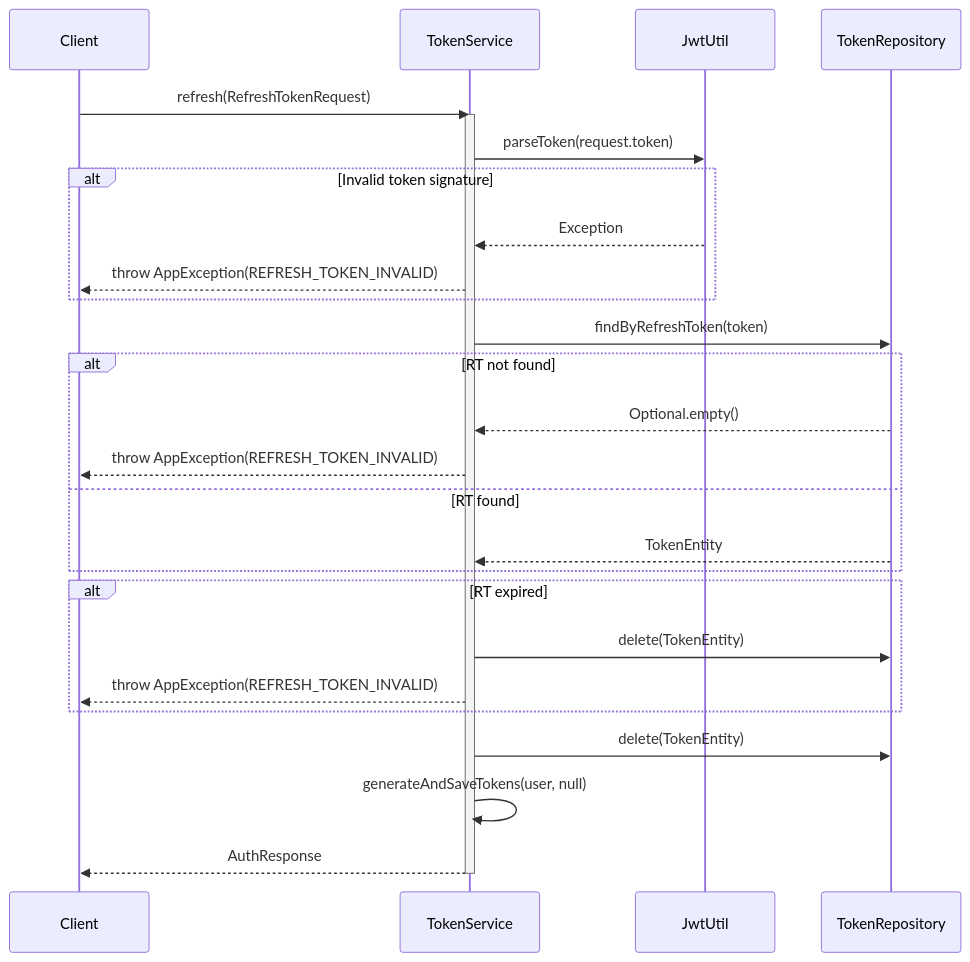
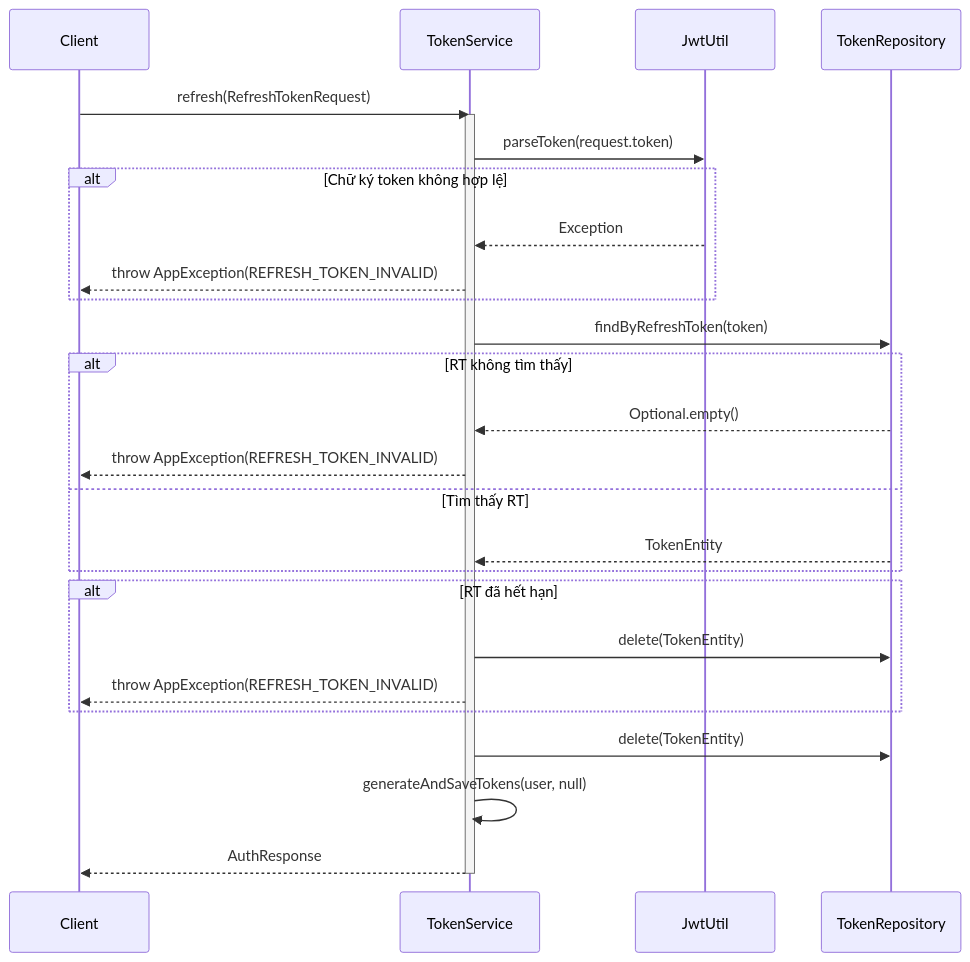
The ninth of 10 diagrams in .agent/sequence/auth_services_sequence_diagrams.md (aquoc09/easymall), drawn with Mermaid before and after one commit. The commit also changed other lines of this file and 18 other files, not shown here.

Commit message:
UPDATE: Sequence diagram vietnamese

````diff
--- a/.agent/sequence/auth_services_sequence_diagrams.md
+++ b/.agent/sequence/auth_services_sequence_diagrams.md
@@ -307,36 +307,36 @@
 ```mermaid
 sequenceDiagram
     participant Client
     participant TokenService
     participant JwtUtil
     participant TokenRepository
 
     Client->>TokenService: refresh(RefreshTokenRequest)
     activate TokenService
 
     TokenService->>JwtUtil: parseToken(request.token)
-    alt Invalid token signature
+    alt Chữ ký token không hợp lệ
         JwtUtil-->>TokenService: Exception
         TokenService-->>Client: throw AppException(REFRESH_TOKEN_INVALID)
     end
 
     TokenService->>TokenRepository: findByRefreshToken(token)
-    alt RT not found
+    alt RT không tìm thấy
         TokenRepository-->>TokenService: Optional.empty()
         TokenService-->>Client: throw AppException(REFRESH_TOKEN_INVALID)
-    else RT found
+    else Tìm thấy RT
         TokenRepository-->>TokenService: TokenEntity
     end
     
-    alt RT expired
+    alt RT đã hết hạn
         TokenService->>TokenRepository: delete(TokenEntity)
         TokenService-->>Client: throw AppException(REFRESH_TOKEN_INVALID)
     end
 
     TokenService->>TokenRepository: delete(TokenEntity)
     
     TokenService->>TokenService: generateAndSaveTokens(user, null)
     
     TokenService-->>Client: AuthResponse
     deactivate TokenService
 ```
````
